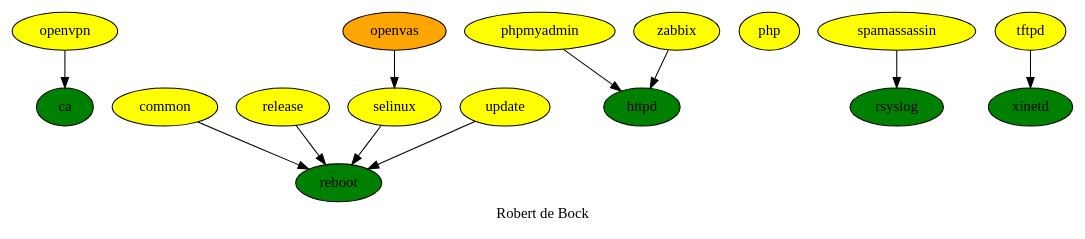
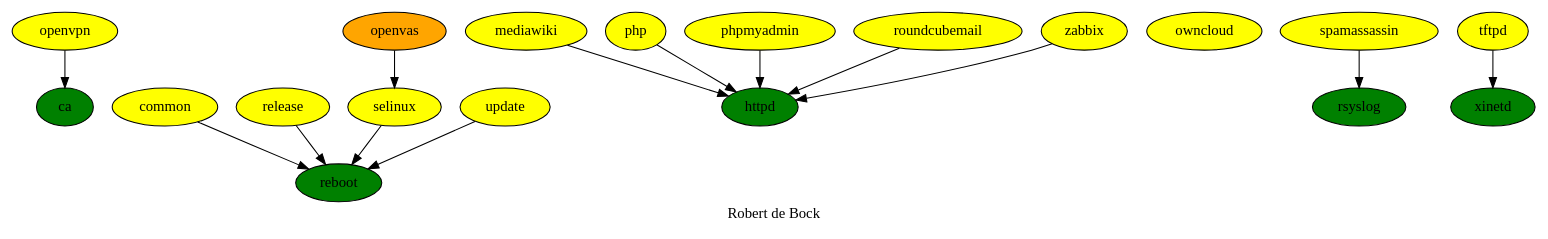
The diagram in hard-dependencies.dot (robertdebock/drawings), drawn with Graphviz before and after one commit.

Commit message:
Add the new known hard dependencies.

```diff
--- a/hard-dependencies.dot
+++ b/hard-dependencies.dot
@@ -1,27 +1,30 @@
 digraph hierarchy {
   label = "Robert de Bock" ;
   {
     ca [fillcolor=green style=filled]
     common [fillcolor=yellow style=filled]
     httpd [fillcolor=green style=filled]
+    mediawiki [fillcolor=yellow style=filled]
     openvas [fillcolor=orange style=filled]
     openvpn [fillcolor=yellow style=filled]
+    owncloud [fillcolor=yellow style=filled]
     php [fillcolor=yellow style=filled]
     phpmyadmin [fillcolor=yellow style=filled]
     reboot [fillcolor=green style=filled]
     release [fillcolor=yellow style=filled]
+    roundcubemail [fillcolor=yellow style=filled]
     rsyslog [fillcolor=green style=filled]
     selinux [fillcolor=yellow style=filled]
     spamassassin [fillcolor=yellow style=filled]
     tftpd [fillcolor=yellow style=filled]
     update [fillcolor=yellow style=filled]
     xinetd [fillcolor=green style=filled]
     zabbix [fillcolor=yellow style=filled]
   }
   {openvpn} -> ca
   {common release selinux update} -> reboot
   openvas -> selinux
-  {phpmyadmin zabbix}-> httpd
+  {mediawiki php phpmyadmin roundcubemail zabbix}-> httpd
   spamassassin -> rsyslog
   tftpd -> xinetd
 }
```
